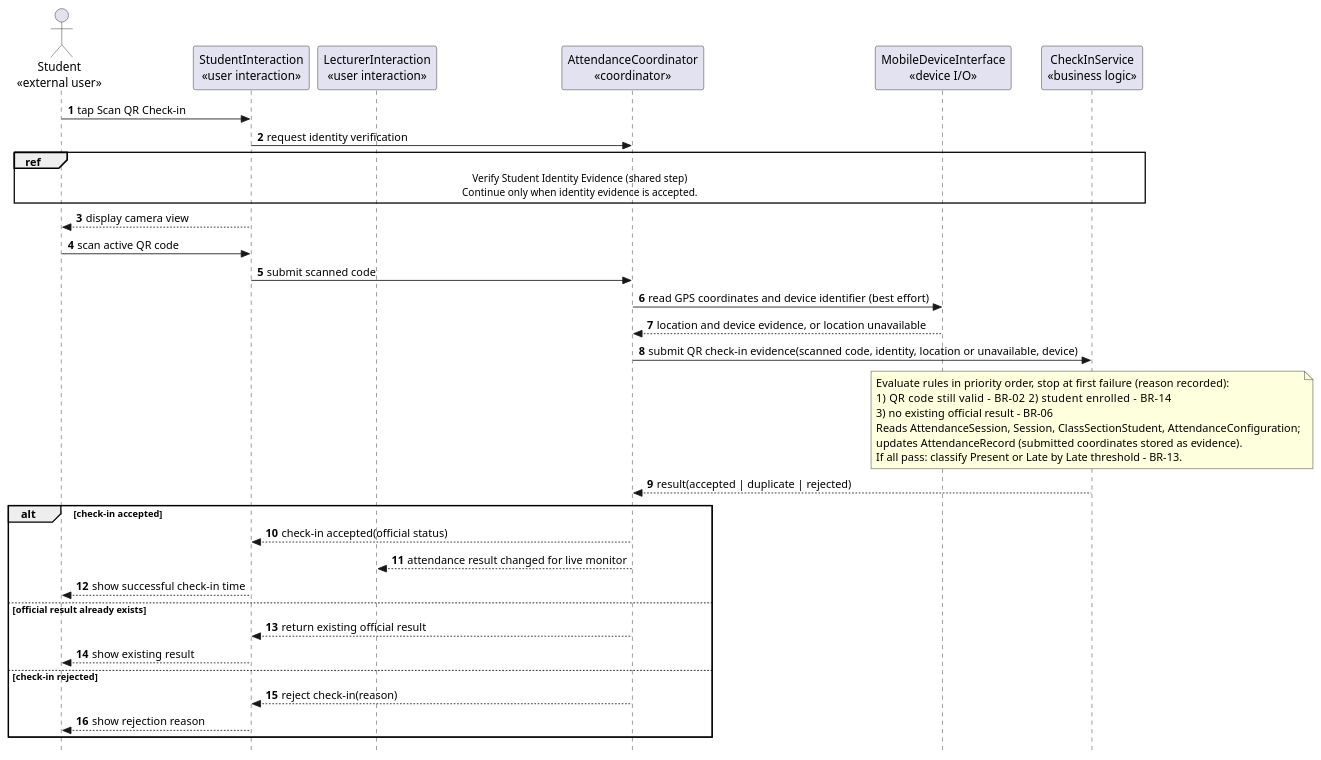
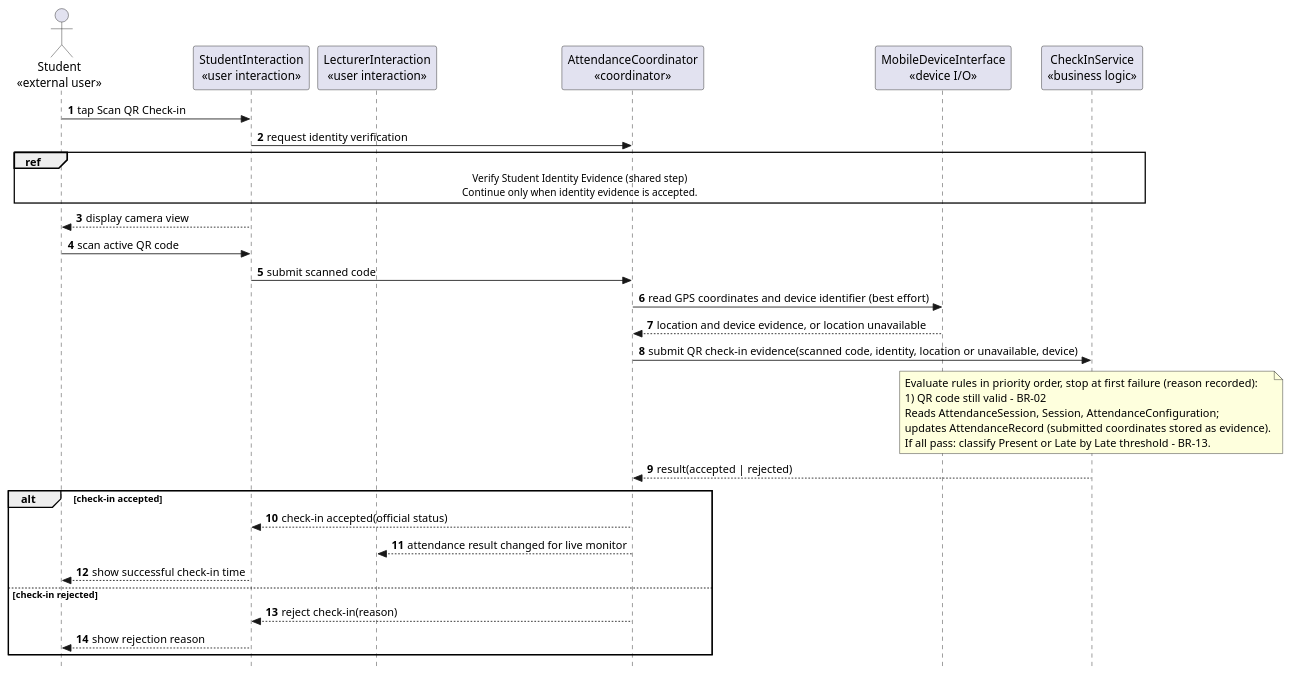
One commit to nttung42/SWD392 changed the second of 4 diagrams in docs/rds/2_Sequence_Diagram.md. Above: the diagram before and after it, drawn with PlantUML. The commit also changed other lines of this file and 3 other files, not shown here.

````diff
--- a/docs/rds/2_Sequence_Diagram.md
+++ b/docs/rds/2_Sequence_Diagram.md
@@ -63,49 +57,45 @@
 ```plantuml
 @startuml
 skinparam style strictuml
 autonumber
 actor "Student\n«external user»" as Student
 participant "StudentInteraction\n«user interaction»" as StudentUI
 participant "LecturerInteraction\n«user interaction»" as LecturerUI
 participant "AttendanceCoordinator\n«coordinator»" as CheckInControl
 participant "MobileDeviceInterface\n«device I/O»" as MobileSensor
 participant "CheckInService\n«business logic»" as AttendanceRules
 
 Student -> StudentUI : tap Scan QR Check-in
 StudentUI -> CheckInControl : request identity verification
 ref over Student, StudentUI, CheckInControl, MobileSensor, AttendanceRules
   Verify Student Identity Evidence (shared step)
   Continue only when identity evidence is accepted.
 end ref
 
 StudentUI --> Student : display camera view
 Student -> StudentUI : scan active QR code
 StudentUI -> CheckInControl : submit scanned code
 CheckInControl -> MobileSensor : read GPS coordinates and device identifier (best effort)
 MobileSensor --> CheckInControl : location and device evidence, or location unavailable
 CheckInControl -> AttendanceRules : submit QR check-in evidence(scanned code, identity, location or unavailable, device)
 
 note over AttendanceRules
   Evaluate rules in priority order, stop at first failure (reason recorded):
-  1) QR code still valid - BR-02      2) student enrolled - BR-14
-  3) no existing official result - BR-06
-  Reads AttendanceSession, Session, ClassSectionStudent, AttendanceConfiguration;
+  1) QR code still valid - BR-02
+  Reads AttendanceSession, Session, AttendanceConfiguration;
   updates AttendanceRecord (submitted coordinates stored as evidence).
   If all pass: classify Present or Late by Late threshold - BR-13.
 end note
 
-AttendanceRules --> CheckInControl : result(accepted | duplicate | rejected)
+AttendanceRules --> CheckInControl : result(accepted | rejected)
 
 alt check-in accepted
   CheckInControl --> StudentUI : check-in accepted(official status)
   CheckInControl --> LecturerUI : attendance result changed for live monitor
   StudentUI --> Student : show successful check-in time
-else official result already exists
-  CheckInControl --> StudentUI : return existing official result
-  StudentUI --> Student : show existing result
 else check-in rejected
   CheckInControl --> StudentUI : reject check-in(reason)
   StudentUI --> Student : show rejection reason
 end
 @enduml
 ```
````
